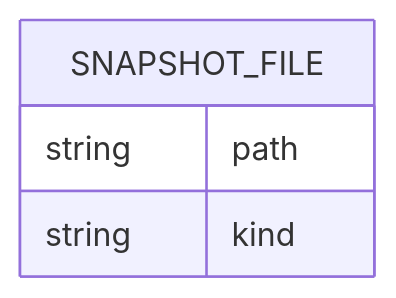
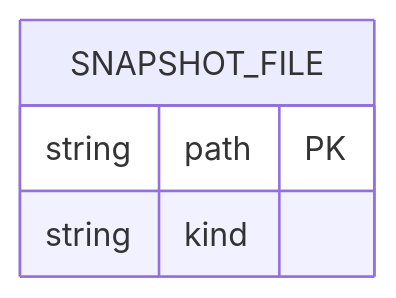
The third of 3 diagrams in docs/architecture.md (cosbykit-afk/lampy-temp-backup), drawn with Mermaid before and after one commit. The commit also changed other lines of this file, not shown here.

Commit message:
docs: improve architecture diagrams — grounded context, DFD, and ERD

````diff
--- a/docs/architecture.md
+++ b/docs/architecture.md
@@ -50,7 +60,7 @@
 ```mermaid
 erDiagram
     SNAPSHOT_FILE {
-        string path
+        string path PK
         string kind
     }
 ```
````
